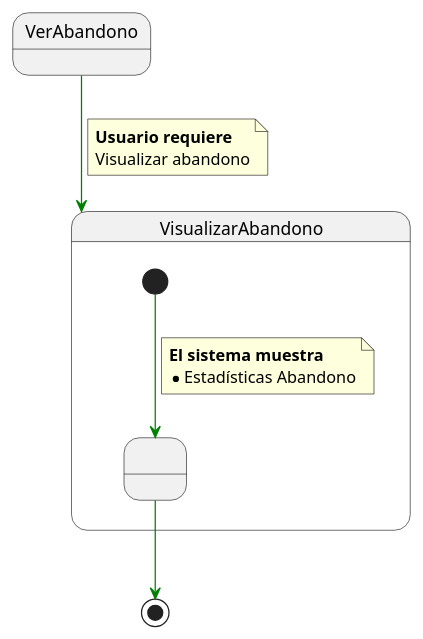
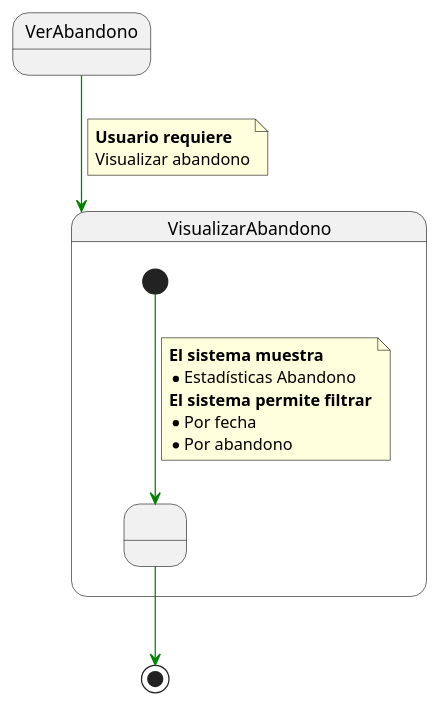
Before and after one commit to mmasias/IdSw1-22-23: the diagram in 000-entregas/Grupo1/DetalleCasosDeUso/VerAbandono.puml, drawn with PlantUML.

```diff
--- a/000-entregas/Grupo1/DetalleCasosDeUso/VerAbandono.puml
+++ b/000-entregas/Grupo1/DetalleCasosDeUso/VerAbandono.puml
@@ -1,29 +1,32 @@
 @startuml VerAbandono
 
 State VerAbandono
 
 State VisualizarAbandono{ 
 
   State state1 as " "
 
   [*] -[#green]-> state1
 
   note on link 
     <b>El sistema muestra
     * Estadísticas Abandono
+    <b>El sistema permite filtrar
+    * Por fecha
+    * Por abandono
   end note
  
 
 } 
 
 VerAbandono-[#green]-> VisualizarAbandono
 
 note on link
  <b>Usuario requiere
  Visualizar abandono
 end note
 
 state1 -[#green]-> [*] 
 
 
 @enduml
```
